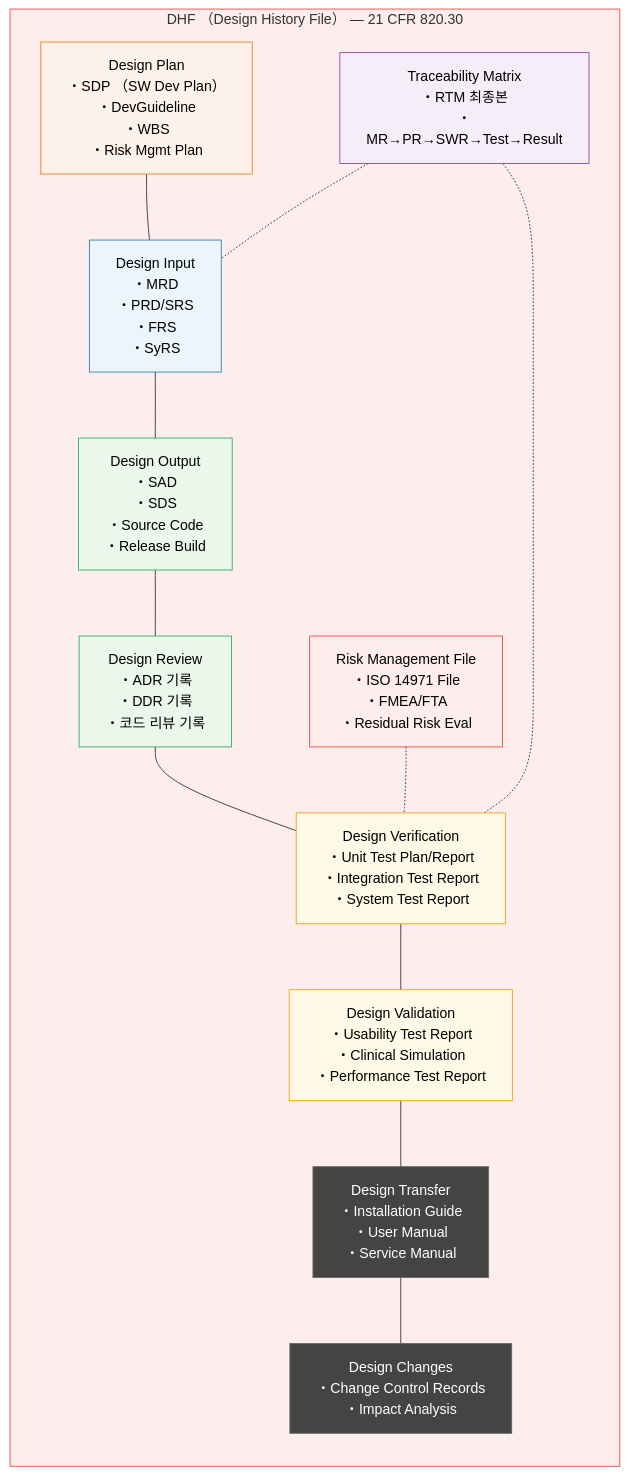
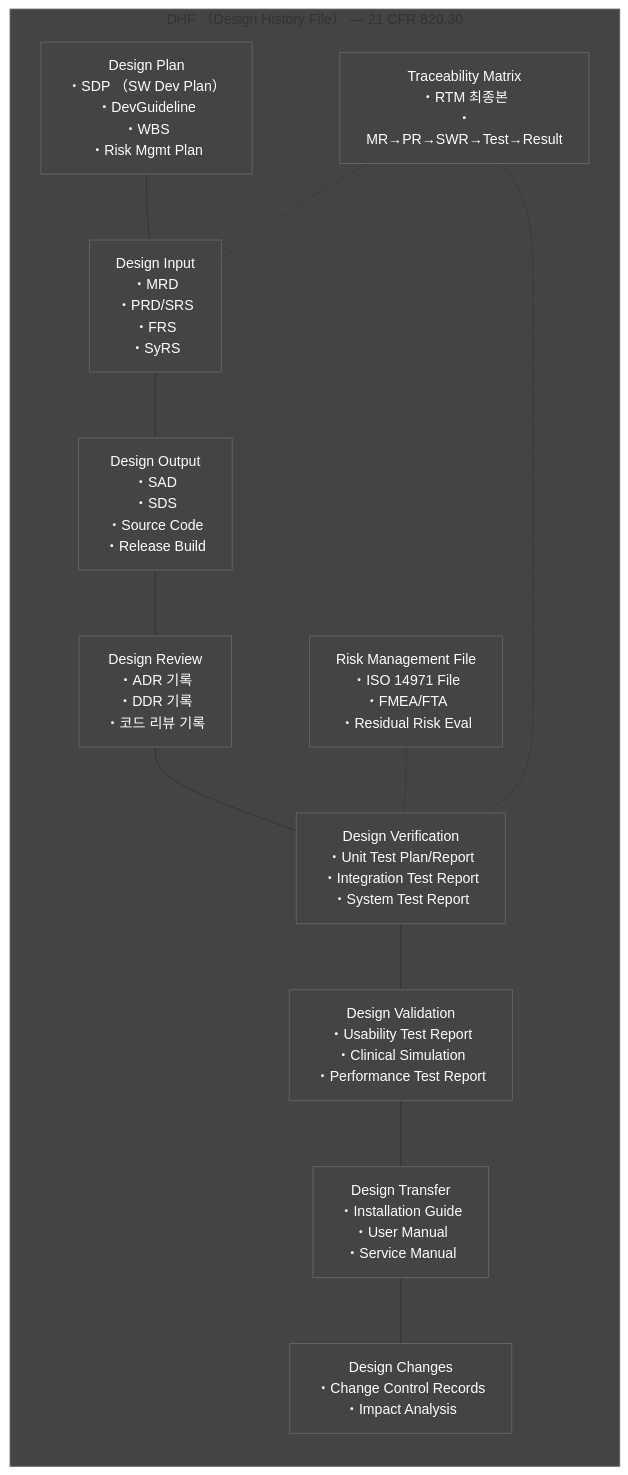
The seventh of 10 diagrams in docs/management/WBS-001_WBS_v1.0.md (holee9/console-gui), drawn with Mermaid before and after one commit. The commit also changed other lines of this file and 35 other files, not shown here.

First line of the commit message:
fix: 전체 Mermaid 차트 색상 진한 회색 통일

````diff
--- a/docs/management/WBS-001_WBS_v1.0.md
+++ b/docs/management/WBS-001_WBS_v1.0.md
@@ -455,38 +455,38 @@
 ```mermaid
 flowchart LR
     classDef default fill:#444,stroke:#666,color:#fff
     subgraph DHF["DHF （Design History File） — 21 CFR 820.30"]
         direction TB
         DP["Design Plan\n・SDP （SW Dev Plan）\n・DevGuideline\n・WBS\n・Risk Mgmt Plan"]
         DI["Design Input\n・MRD\n・PRD/SRS\n・FRS\n・SyRS"]
         DO["Design Output\n・SAD\n・SDS\n・Source Code\n・Release Build"]
         DR["Design Review\n・ADR 기록\n・DDR 기록\n・코드 리뷰 기록"]
         DV["Design Verification\n・Unit Test Plan/Report\n・Integration Test Report\n・System Test Report"]
         DAL["Design Validation\n・Usability Test Report\n・Clinical Simulation\n・Performance Test Report"]
         DT["Design Transfer\n・Installation Guide\n・User Manual\n・Service Manual"]
         DC["Design Changes\n・Change Control Records\n・Impact Analysis"]
         RM["Risk Management File\n・ISO 14971 File\n・FMEA/FTA\n・Residual Risk Eval"]
         TM["Traceability Matrix\n・RTM 최종본\n・MR→PR→SWR→Test→Result"]
     end
 
     DP --- DI
     DI --- DO
     DO --- DR
     DR --- DV
     DV --- DAL
     DAL --- DT
     DT --- DC
     RM -.- DV
     TM -.- DI
     TM -.- DV
 
-    style DHF fill:#FDEDEC,stroke:#E74C3C
-    style DP fill:#FDF2E9,stroke:#E67E22,color:#000
-    style DI fill:#EBF5FB,stroke:#2980B9,color:#000
-    style DO fill:#EAF7EA,stroke:#27AE60,color:#000
-    style DR fill:#EAF7EA,stroke:#27AE60,color:#000
-    style DV fill:#FEF9E7,stroke:#F39C12,color:#000
-    style DAL fill:#FEF9E7,stroke:#F39C12,color:#000
-    style RM fill:#FDEDEC,stroke:#E74C3C,color:#000
-    style TM fill:#F5EEF8,stroke:#8E44AD,color:#000
+    style DHF fill:#444,stroke:#666
+    style DP fill:#444,stroke:#666,color:#fff
+    style DI fill:#444,stroke:#666,color:#fff
+    style DO fill:#444,stroke:#666,color:#fff
+    style DR fill:#444,stroke:#666,color:#fff
+    style DV fill:#444,stroke:#666,color:#fff
+    style DAL fill:#444,stroke:#666,color:#fff
+    style RM fill:#444,stroke:#666,color:#fff
+    style TM fill:#444,stroke:#666,color:#fff
 ```
````
